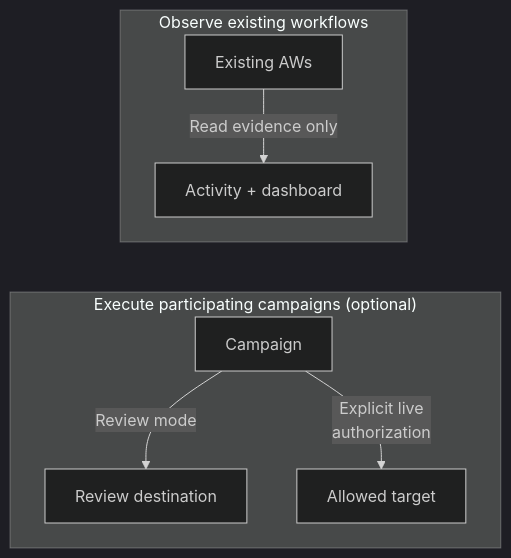
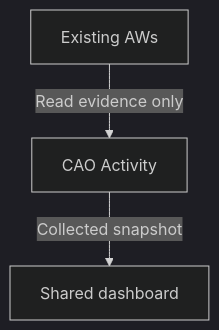
The diagram in docs/architecture-at-a-glance.md (githubnext/gh-aw-cao), drawn with Mermaid (dark theme) before and after one commit. The commit also changed other lines of this file and 2 other files, not shown here.

First line of the commit message:
Focus CAO introduction on monitoring existing workflows

````diff
--- a/docs/architecture-at-a-glance.md
+++ b/docs/architecture-at-a-glance.md
@@ -74,13 +73,7 @@
 ```mermaid
 flowchart TB
-  accTitle: Monitoring and optional campaign execution are separate
-  accDescr: Existing workflows supply read-only evidence to Activity and the dashboard. Separately, participating campaigns send proposals to a review destination. Only explicitly authorized live outputs can reach allowed target repositories.
-  subgraph observe["Observe existing workflows"]
-    workflows["Existing AWs"] -->|"Read evidence only"| dashboard["Activity + dashboard"]
-  end
-  subgraph execute["Execute participating campaigns (optional)"]
-    campaign["Campaign"] -->|"Review mode"| review["Review destination"]
-    campaign -->|"Explicit live<br/>authorization"| target["Allowed target"]
-  end
-  dashboard ~~~ campaign
+  accTitle: Monitoring existing agentic workflows
+  accDescr: CAO Activity collects read-only evidence from configured repositories and publishes a snapshot for the shared dashboard. Observation grants no write authority.
+  workflows["Existing AWs"] -->|"Read evidence only"| activity["CAO Activity"]
+  activity -->|"Collected snapshot"| dashboard["Shared dashboard"]
 ```
````
